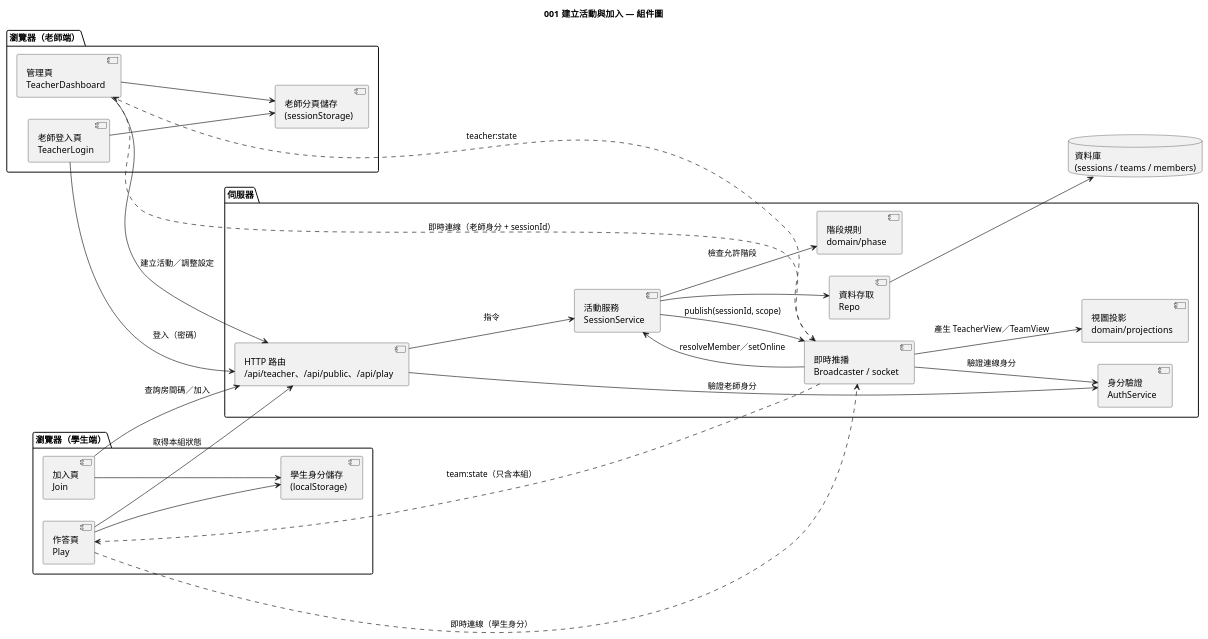
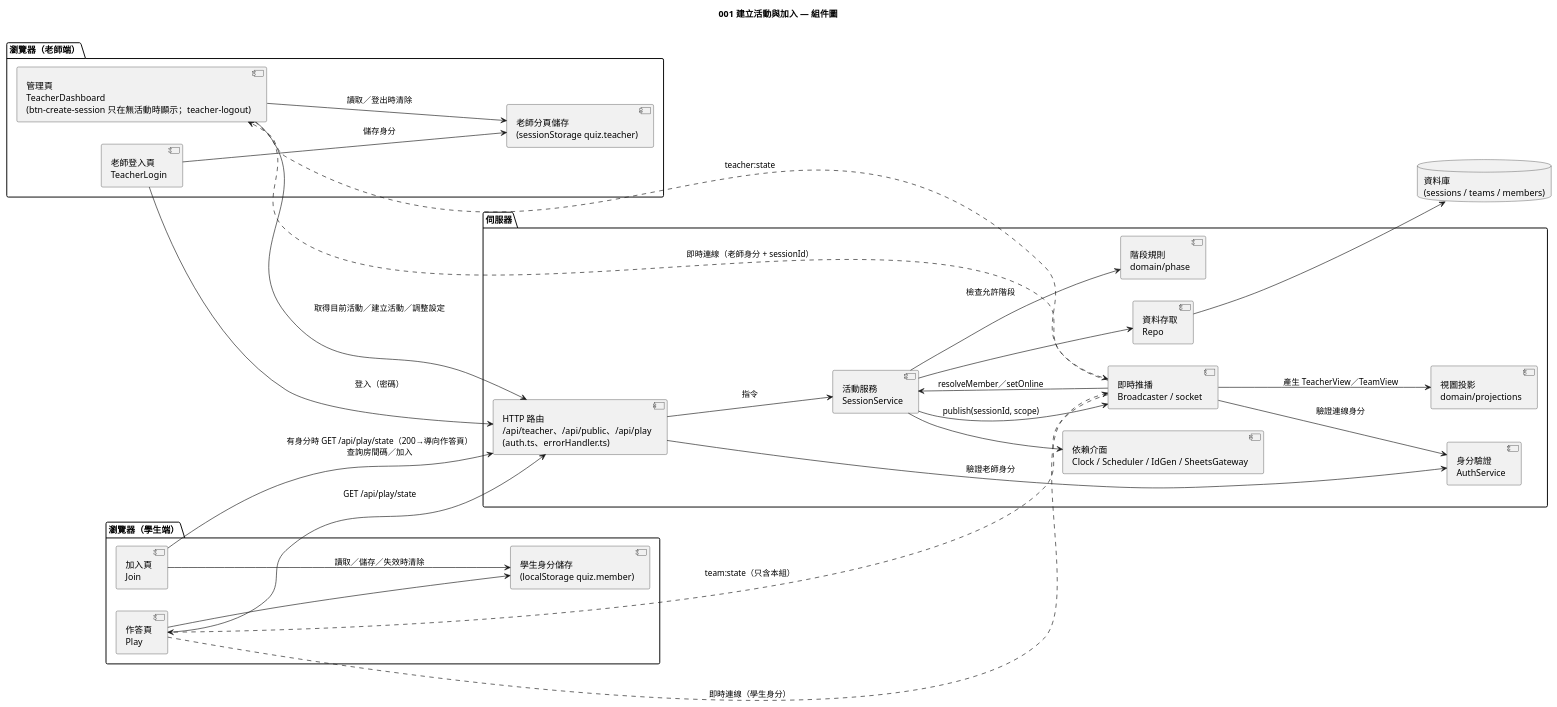
One commit to mkj-mkj/SE_Final_Project_SpecKit changed the diagram in diagrams/001-component.puml. Above: the diagram before and after it, drawn with PlantUML. The commit also changed 12 other files, not shown here.

```diff
--- a/diagrams/001-component.puml
+++ b/diagrams/001-component.puml
@@ -1,53 +1,55 @@
 @startuml 001-component
 title 001 建立活動與加入 — 組件圖
 skinparam componentStyle uml2
 left to right direction
 
 package "瀏覽器（老師端）" {
   [老師登入頁\nTeacherLogin] as TLogin
-  [管理頁\nTeacherDashboard] as TDash
-  [老師分頁儲存\n(sessionStorage)] as TStore
+  [管理頁\nTeacherDashboard\n(btn-create-session 只在無活動時顯示；teacher-logout)] as TDash
+  [老師分頁儲存\n(sessionStorage quiz.teacher)] as TStore
 }
 
 package "瀏覽器（學生端）" {
   [加入頁\nJoin] as Join
   [作答頁\nPlay] as Play
-  [學生身分儲存\n(localStorage)] as MStore
+  [學生身分儲存\n(localStorage quiz.member)] as MStore
 }
 
 package "伺服器" {
-  [HTTP 路由\n/api/teacher、/api/public、/api/play] as Http
+  [HTTP 路由\n/api/teacher、/api/public、/api/play\n(auth.ts、errorHandler.ts)] as Http
   [身分驗證\nAuthService] as Auth
   [活動服務\nSessionService] as Svc
   [階段規則\ndomain/phase] as Phase
   [視圖投影\ndomain/projections] as Proj
   [即時推播\nBroadcaster / socket] as RT
   [資料存取\nRepo] as Repo
+  [依賴介面\nClock / Scheduler / IdGen / SheetsGateway] as Ports
 }
 
 database "資料庫\n(sessions / teams / members)" as DB
 
 TLogin --> Http : 登入（密碼）
-TDash --> Http : 建立活動／調整設定
+TDash --> Http : 取得目前活動／建立活動／調整設定
 TDash ..> RT : 即時連線（老師身分 + sessionId）
-TLogin --> TStore
-TDash --> TStore
+TLogin --> TStore : 儲存身分
+TDash --> TStore : 讀取／登出時清除
 
-Join --> Http : 查詢房間碼／加入
-Play --> Http : 取得本組狀態
+Join --> Http : 有身分時 GET /api/play/state（200→導向作答頁）\n查詢房間碼／加入
+Play --> Http : GET /api/play/state
 Play ..> RT : 即時連線（學生身分）
-Join --> MStore
+Join --> MStore : 讀取／儲存／失效時清除
 Play --> MStore
 
 Http --> Auth : 驗證老師身分
 Http --> Svc : 指令
 Svc --> Phase : 檢查允許階段
 Svc --> Repo
+Svc --> Ports
 Repo --> DB
 Svc --> RT : publish(sessionId, scope)
 RT --> Proj : 產生 TeacherView／TeamView
 RT --> Auth : 驗證連線身分
 RT --> Svc : resolveMember／setOnline
 RT ..> TDash : teacher:state
 RT ..> Play : team:state（只含本組）
 @enduml
```
